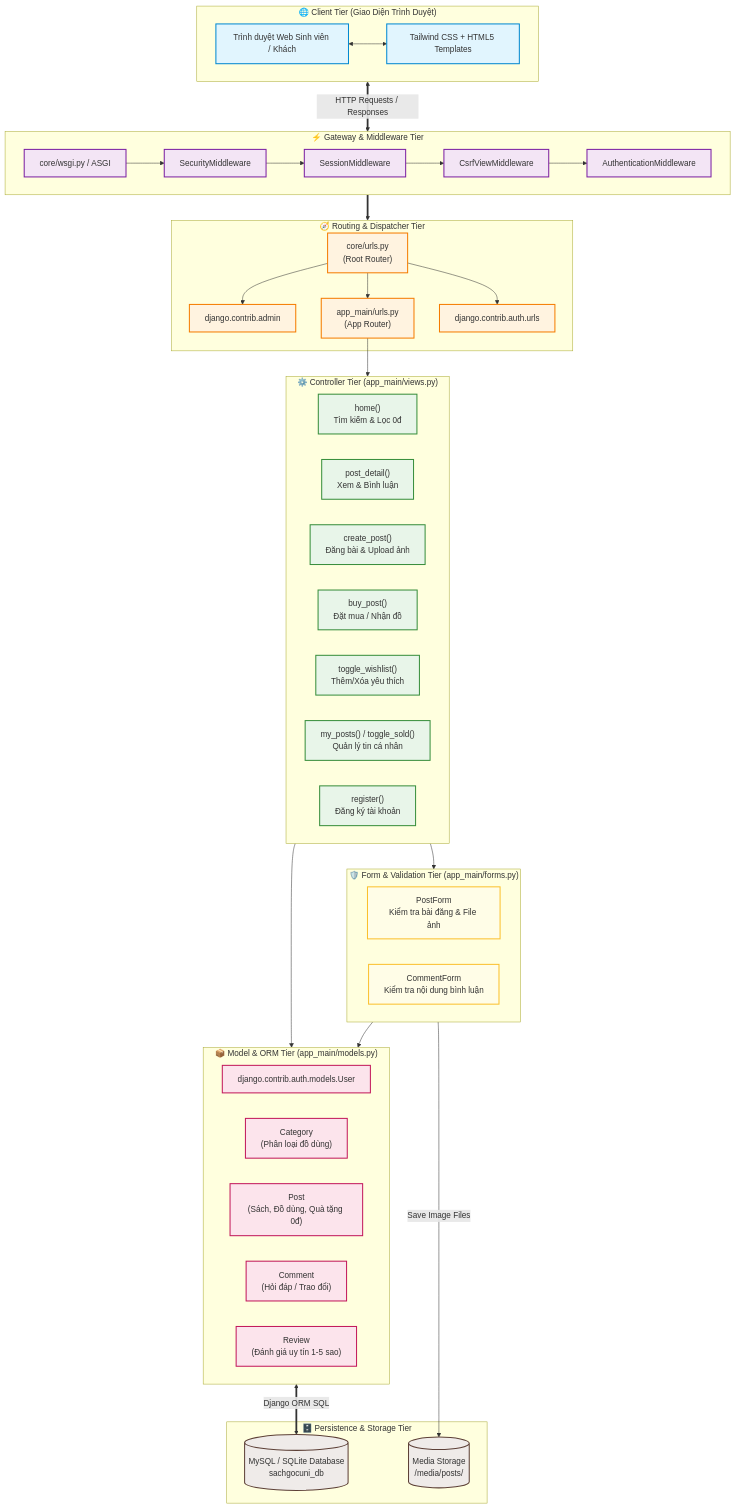
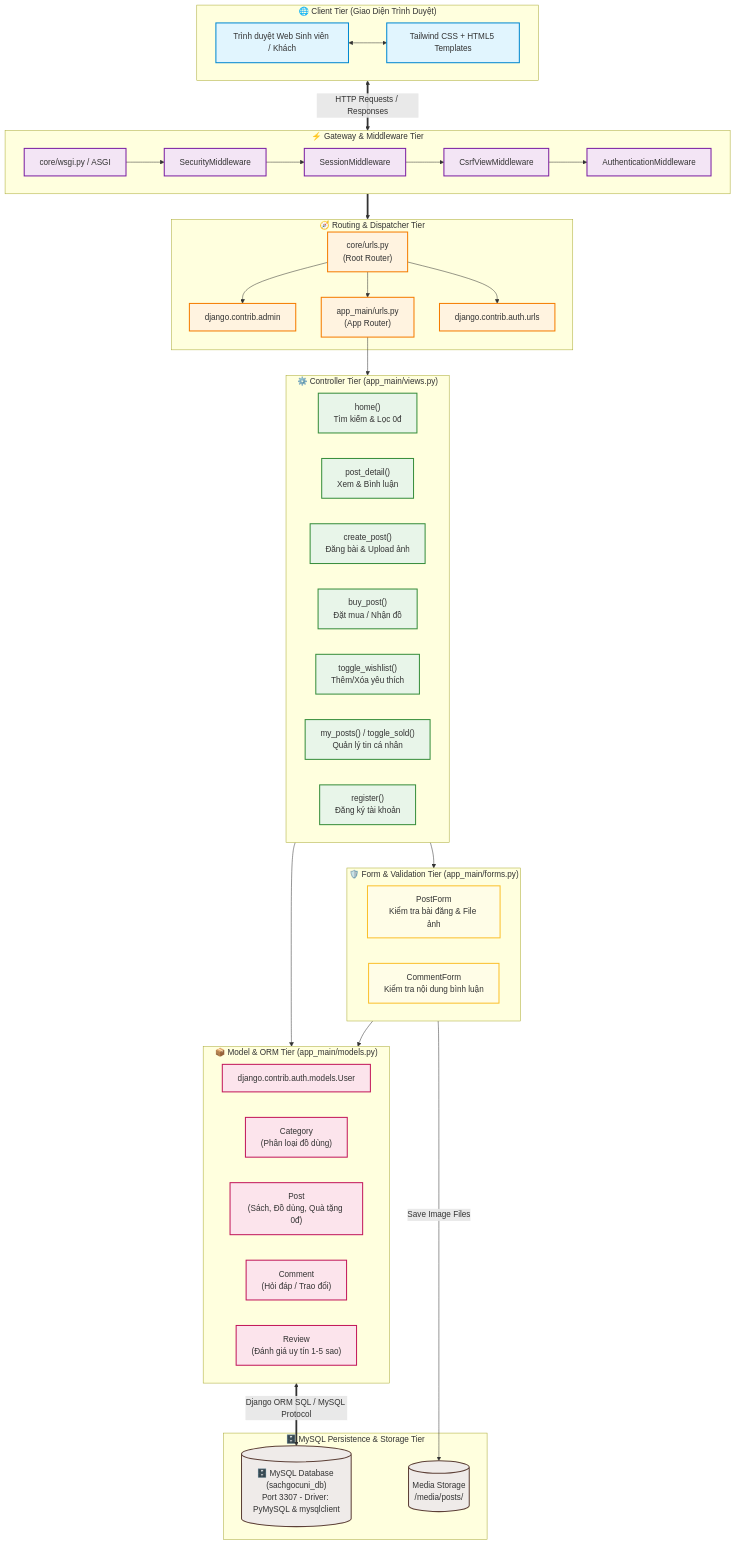
The first of 3 diagrams in ARCHITECTURE.md (24CT1-NGUYENVANHAO/congnghephanmen), drawn with Mermaid before and after one commit. The commit also changed 4 other files, not shown here.

Commit message:
feat and docs: explicitly configure MySQL connection via PyMySQL, remove sqlite, and update diagrams

````diff
--- a/ARCHITECTURE.md
+++ b/ARCHITECTURE.md
@@ -70,8 +70,8 @@
     end
 
     %% Storage & Database Tier
-    subgraph Storage_Tier ["🗄️ Persistence & Storage Tier"]
-        Database[("MySQL / SQLite Database<br/>sachgocuni_db")]
+    subgraph Storage_Tier ["🗄️ MySQL Persistence & Storage Tier"]
+        MySQLDB[("🗄️ MySQL Database (sachgocuni_db)<br/>Port 3307 - Driver: PyMySQL & mysqlclient")]
         MediaStorage[("Media Storage<br/>/media/posts/")]
     end
 
@@ -84,7 +84,7 @@
     Form_Tier --> Model_Tier
     Controller_Tier --> Model_Tier
     
-    Model_Tier <==>|Django ORM SQL| Database
+    Model_Tier <==>|Django ORM SQL / MySQL Protocol| MySQLDB
     Form_Tier -->|Save Image Files| MediaStorage
 
     classDef client fill:#e1f5fe,stroke:#0288d1,stroke-width:2px;
@@ -101,5 +101,5 @@
     class ViewHome,ViewDetail,ViewCreate,ViewBuy,ViewWishlist,ViewMyPosts,ViewRegister controller;
     class PostForm,CommentForm form;
     class ModelUser,ModelCategory,ModelPost,ModelComment,ModelReview model;
-    class Database,MediaStorage storage;
+    class MySQLDB,MediaStorage storage;
 ```
````
